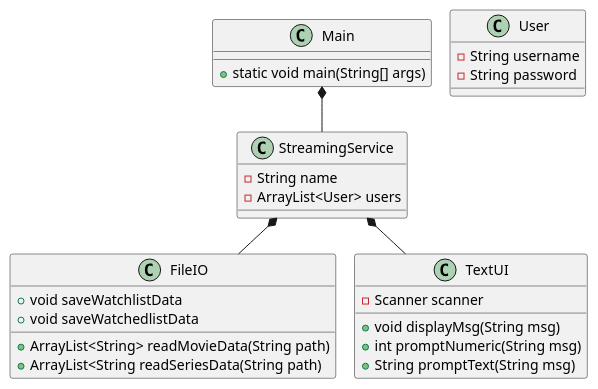
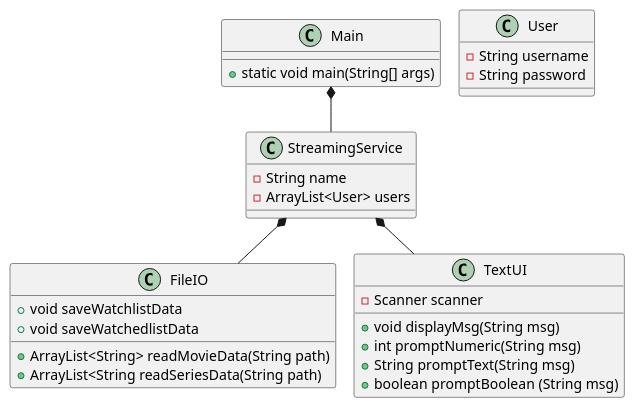
The diagram in doc/classdiagram/classdiagram_v1.puml (EmilDagsberg/SP3), drawn with PlantUML before and after one commit. The commit also changed 2 other files, not shown here.

```diff
--- a/doc/classdiagram/classdiagram_v1.puml
+++ b/doc/classdiagram/classdiagram_v1.puml
@@ -1,40 +1,41 @@
 @startuml
 !pragma layout smetana
 
 class Main {
 + static void main(String[] args)
 }
 
 class StreamingService{
 - String name
 - ArrayList<User> users
 }
 
 class User {
 - String username
 - String password
 }
 
 
 
 
 
 class FileIO {
 + ArrayList<String> readMovieData(String path)
 + ArrayList<String readSeriesData(String path)
 + void saveWatchlistData
 + void saveWatchedlistData
 }
 
 class TextUI {
 - Scanner scanner
 + void displayMsg(String msg)
 + int promptNumeric(String msg)
 + String promptText(String msg)
++ boolean promptBoolean (String msg)
 }
 
 Main *-- StreamingService
 StreamingService *-- FileIO
 StreamingService *-- TextUI
 
 @enduml
```
